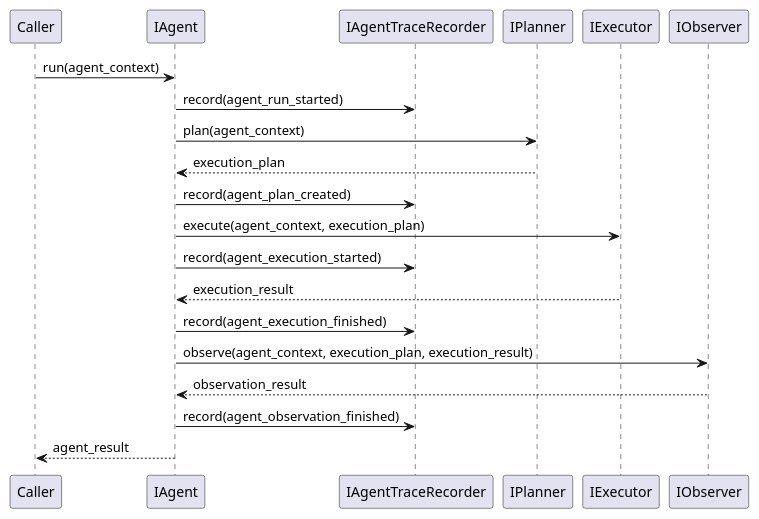
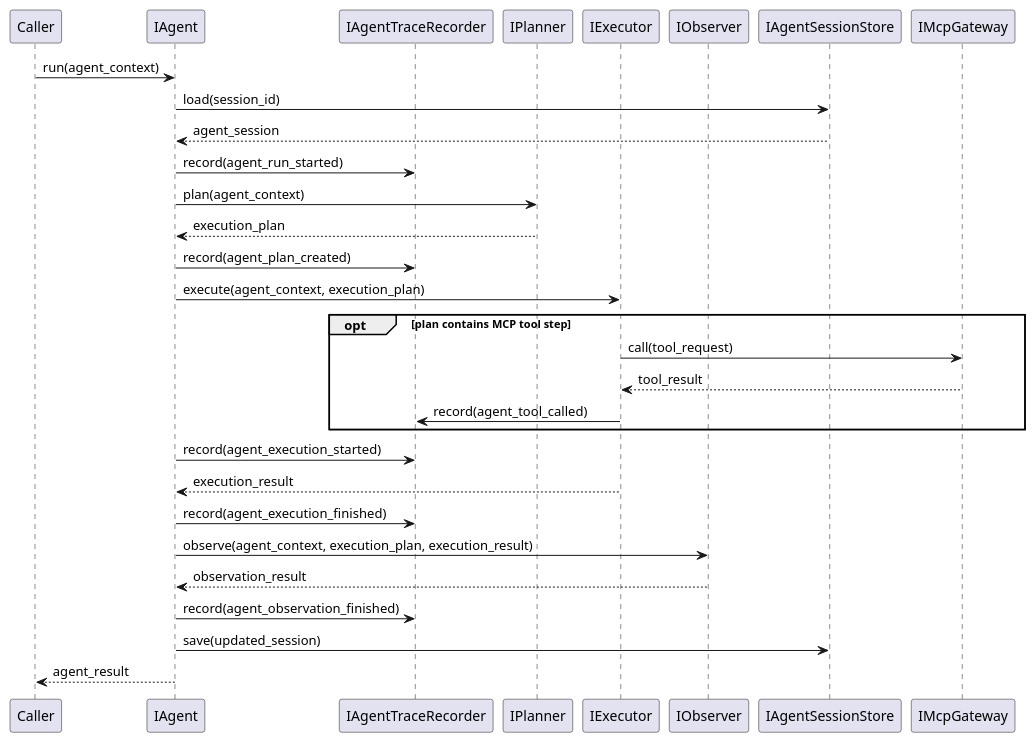
The second of 2 diagrams in meta_layer/docs/design_docs/SDK/AgentRuntime.md (lucky-chen/ai_workflow_travel), drawn with PlantUML before and after one commit. The commit also changed other lines of this file, not shown here.

First line of the commit message:
[AI] gpt-5.4: extend agent runtime design for sessions and mcp

````diff
--- a/meta_layer/docs/design_docs/SDK/AgentRuntime.md
+++ b/meta_layer/docs/design_docs/SDK/AgentRuntime.md
@@ -295,24 +313,34 @@
 ```plantuml
 @startuml
 participant Caller
 participant IAgent
 participant IAgentTraceRecorder
 participant IPlanner
 participant IExecutor
 participant IObserver
+participant IAgentSessionStore
+participant IMcpGateway
 
 Caller -> IAgent: run(agent_context)
+IAgent -> IAgentSessionStore: load(session_id)
+IAgentSessionStore --> IAgent: agent_session
 IAgent -> IAgentTraceRecorder: record(agent_run_started)
 IAgent -> IPlanner: plan(agent_context)
 IPlanner --> IAgent: execution_plan
 IAgent -> IAgentTraceRecorder: record(agent_plan_created)
 IAgent -> IExecutor: execute(agent_context, execution_plan)
+opt plan contains MCP tool step
+  IExecutor -> IMcpGateway: call(tool_request)
+  IMcpGateway --> IExecutor: tool_result
+  IExecutor -> IAgentTraceRecorder: record(agent_tool_called)
+end
 IAgent -> IAgentTraceRecorder: record(agent_execution_started)
 IExecutor --> IAgent: execution_result
 IAgent -> IAgentTraceRecorder: record(agent_execution_finished)
 IAgent -> IObserver: observe(agent_context, execution_plan, execution_result)
 IObserver --> IAgent: observation_result
 IAgent -> IAgentTraceRecorder: record(agent_observation_finished)
+IAgent -> IAgentSessionStore: save(updated_session)
 IAgent --> Caller: agent_result
 @enduml
 ```
````
